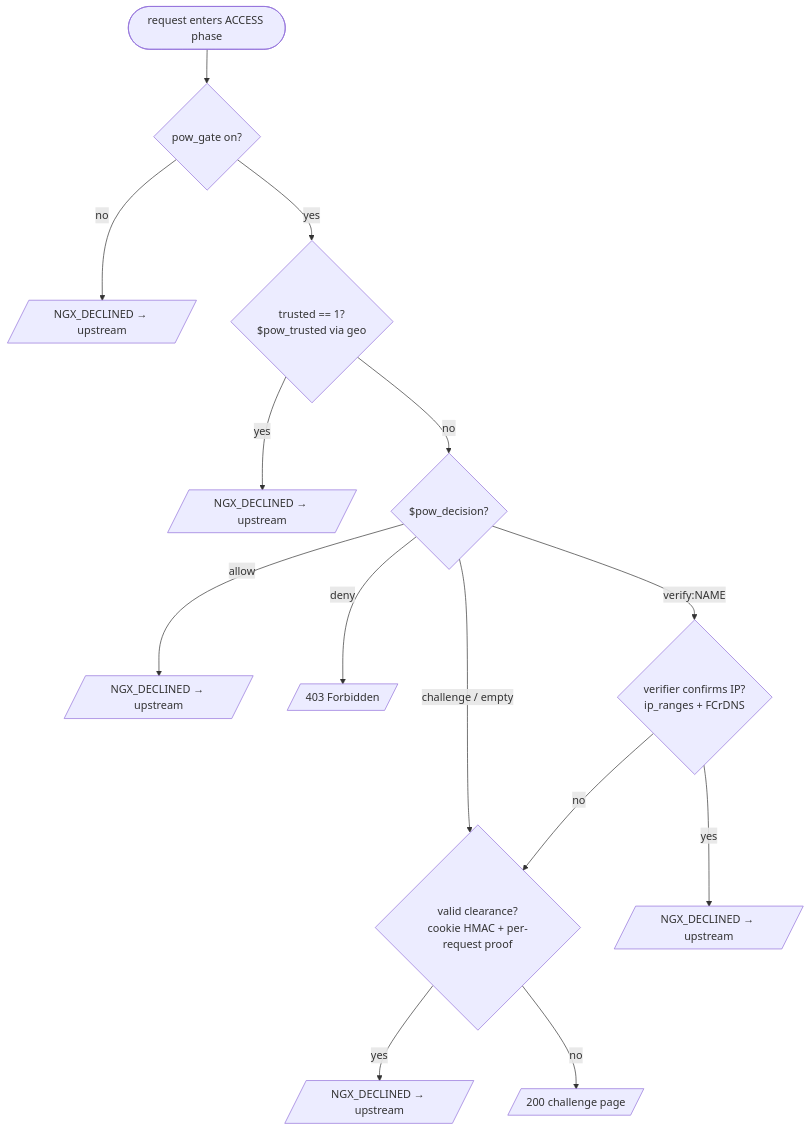
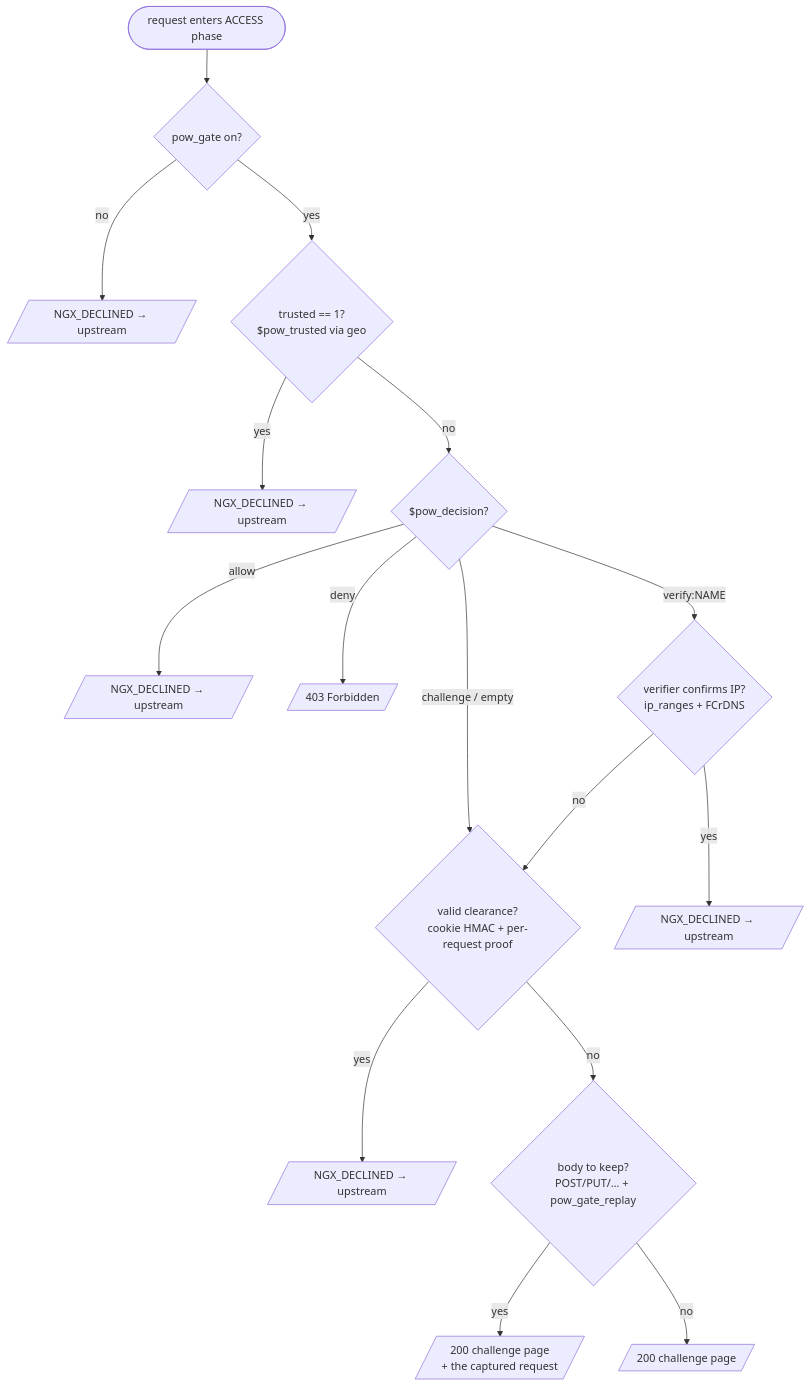
One commit to teian/ngx_http_pow_gate changed the second of 3 diagrams in README.md. Above: the diagram before and after it, drawn with Mermaid. The commit also changed other lines of this file and 24 other files, not shown here.

````diff
--- a/README.md
+++ b/README.md
@@ -96,19 +96,21 @@
 ```mermaid
 flowchart TD
     start([request enters ACCESS phase]) --> en{pow_gate on?}
     en -- no --> pass1[/NGX_DECLINED → upstream/]
     en -- yes --> tr{trusted == 1?<br/>$pow_trusted via geo}
     tr -- yes --> pass2[/NGX_DECLINED → upstream/]
     tr -- no --> dec{$pow_decision?}
 
     dec -- allow --> pass3[/NGX_DECLINED → upstream/]
     dec -- deny --> forbid[/403 Forbidden/]
     dec -- "verify:NAME" --> ver{verifier confirms IP?<br/>ip_ranges + FCrDNS}
     dec -- "challenge / empty" --> clr
 
     ver -- yes --> pass4[/NGX_DECLINED → upstream/]
     ver -- no --> clr{valid clearance?<br/>cookie HMAC + per-request proof}
 
     clr -- yes --> pass5[/NGX_DECLINED → upstream/]
-    clr -- no --> serve[/200 challenge page/]
+    clr -- no --> post{"body to keep?<br/>POST/PUT/… + pow_gate_replay"}
+    post -- yes --> capture[/"200 challenge page<br/>+ the captured request"/]
+    post -- no --> serve[/200 challenge page/]
 ```
````
